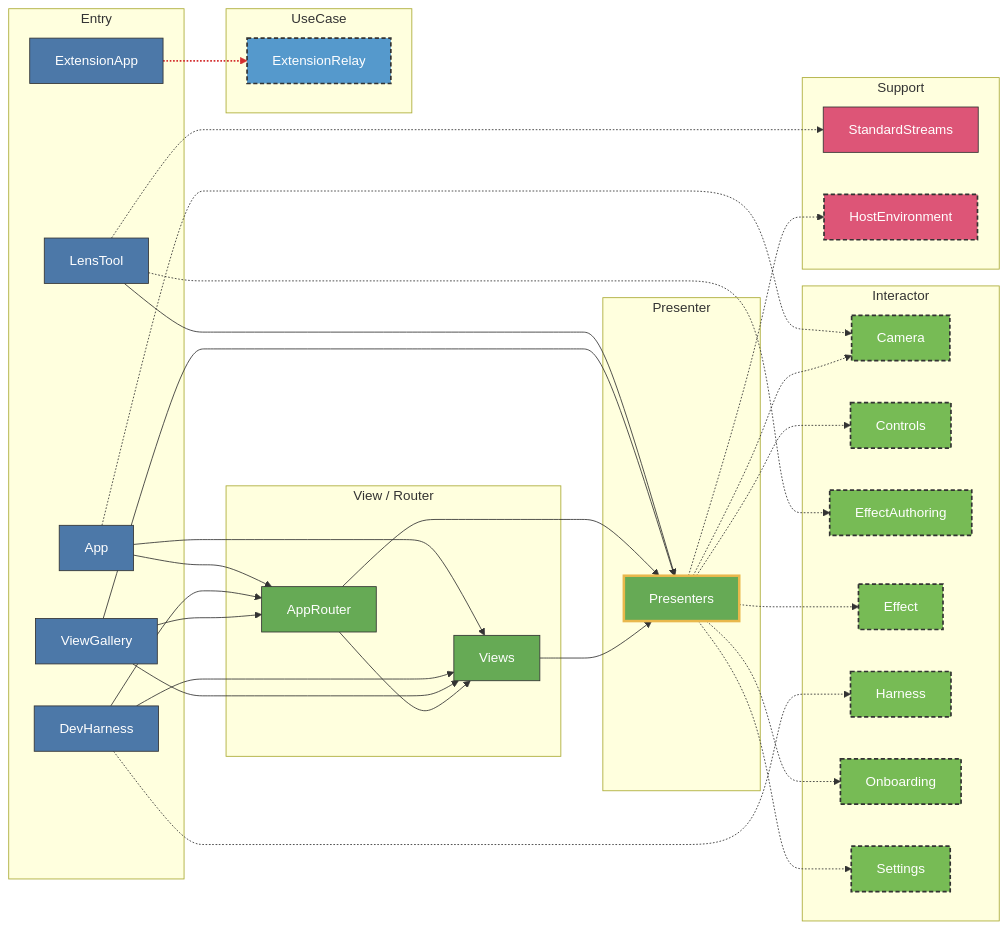
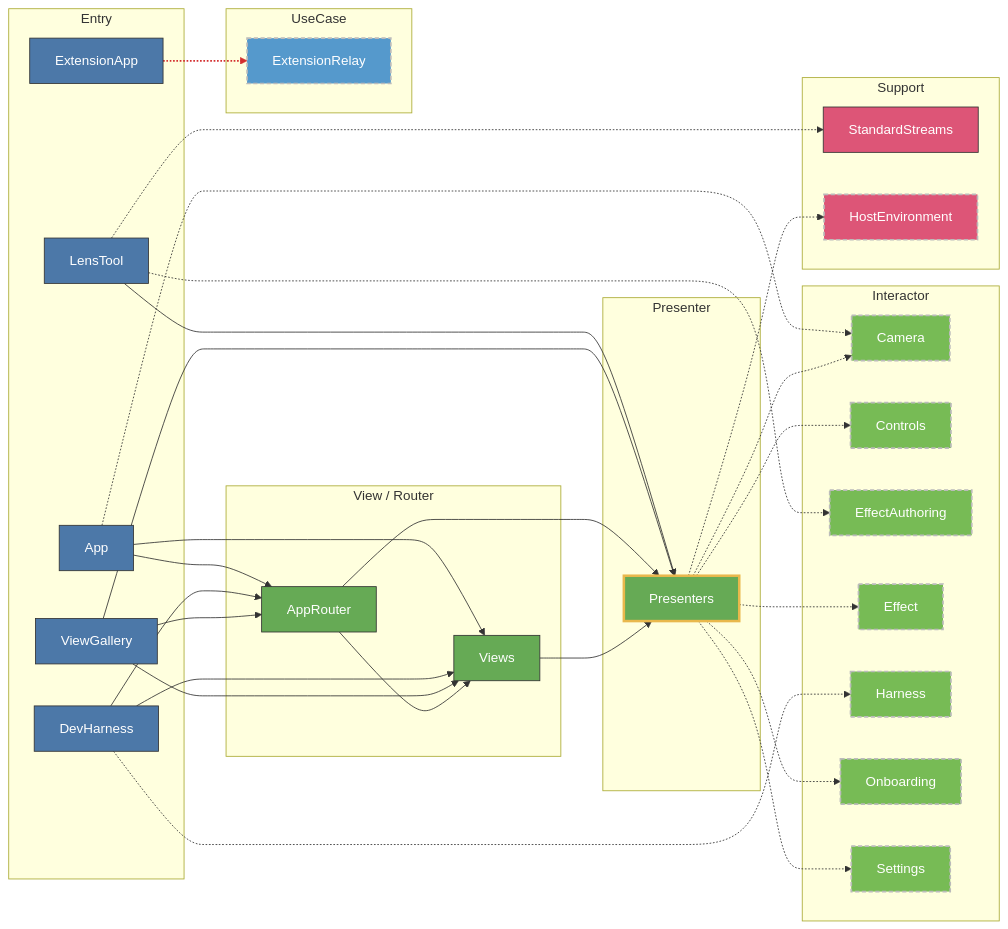
One commit to GeneralD/mirage changed the second of 8 diagrams in docs/ARCHITECTURE.md. Above: the diagram before and after it, drawn with Mermaid. The commit also changed other lines of this file, not shown here.

First line of the commit message:
docs(architecture): draw the dashed border in a grey the dark theme shows

````diff
--- a/docs/ARCHITECTURE.md
+++ b/docs/ARCHITECTURE.md
@@ -92,63 +92,63 @@
 ```mermaid
 graph LR
   subgraph Entry_entry["Entry"]
     App:::entry
     DevHarness:::entry
     LensTool:::entry
     ViewGallery:::entry
     ExtensionApp:::entry
   end
   subgraph Entry_view["View / Router"]
     AppRouter:::view
     Views:::view
   end
   subgraph Entry_pres["Presenter"]
     Presenters:::pres
   end
   subgraph Entry_int["Interactor"]
     CameraInteractor["Camera"]:::intx
     ControlsInteractor["Controls"]:::intx
     EffectAuthoringInteractor["EffectAuthoring"]:::intx
     EffectInteractor["Effect"]:::intx
     HarnessInteractor["Harness"]:::intx
     OnboardingInteractor["Onboarding"]:::intx
     SettingsInteractor["Settings"]:::intx
   end
   subgraph Entry_uc["UseCase"]
     ExtensionRelayUseCase["ExtensionRelay"]:::ucx
   end
   subgraph Entry_sup["Support"]
     StandardStreams:::sup
     HostEnvironment:::supx
   end
   App --> AppRouter
   App --> Views
   DevHarness --> AppRouter
   DevHarness --> Views
   LensTool --> Presenters
   ViewGallery --> AppRouter
   ViewGallery --> Presenters
   ViewGallery --> Views
   AppRouter --> Presenters
   AppRouter --> Views
   Views --> Presenters
   App -.-> CameraInteractor
   DevHarness -.-> HarnessInteractor
   LensTool -.-> EffectAuthoringInteractor
   LensTool -.-> StandardStreams
   ExtensionApp -.-> ExtensionRelayUseCase
   Presenters -.-> CameraInteractor
   Presenters -.-> ControlsInteractor
   Presenters -.-> EffectInteractor
   Presenters -.-> HostEnvironment
   Presenters -.-> OnboardingInteractor
   Presenters -.-> SettingsInteractor
   classDef entry fill:#4c78a8,stroke:#333,color:#fff
-  classDef intx fill:#7b5,stroke:#333,stroke-width:2px,stroke-dasharray:5 3,color:#fff
+  classDef intx fill:#7b5,stroke:#bbb,stroke-width:2px,stroke-dasharray:5 3,color:#fff
   classDef pres fill:#6a5,stroke:#E9B84C,stroke-width:3px,color:#fff
   classDef sup fill:#d57,stroke:#333,color:#fff
-  classDef supx fill:#d57,stroke:#333,stroke-width:2px,stroke-dasharray:5 3,color:#fff
-  classDef ucx fill:#59c,stroke:#333,stroke-width:2px,stroke-dasharray:5 3,color:#fff
+  classDef supx fill:#d57,stroke:#bbb,stroke-width:2px,stroke-dasharray:5 3,color:#fff
+  classDef ucx fill:#59c,stroke:#bbb,stroke-width:2px,stroke-dasharray:5 3,color:#fff
   classDef view fill:#6a5,stroke:#333,color:#fff
   linkStyle 15 stroke:#d32f2f,stroke-width:2px
 ```
````
